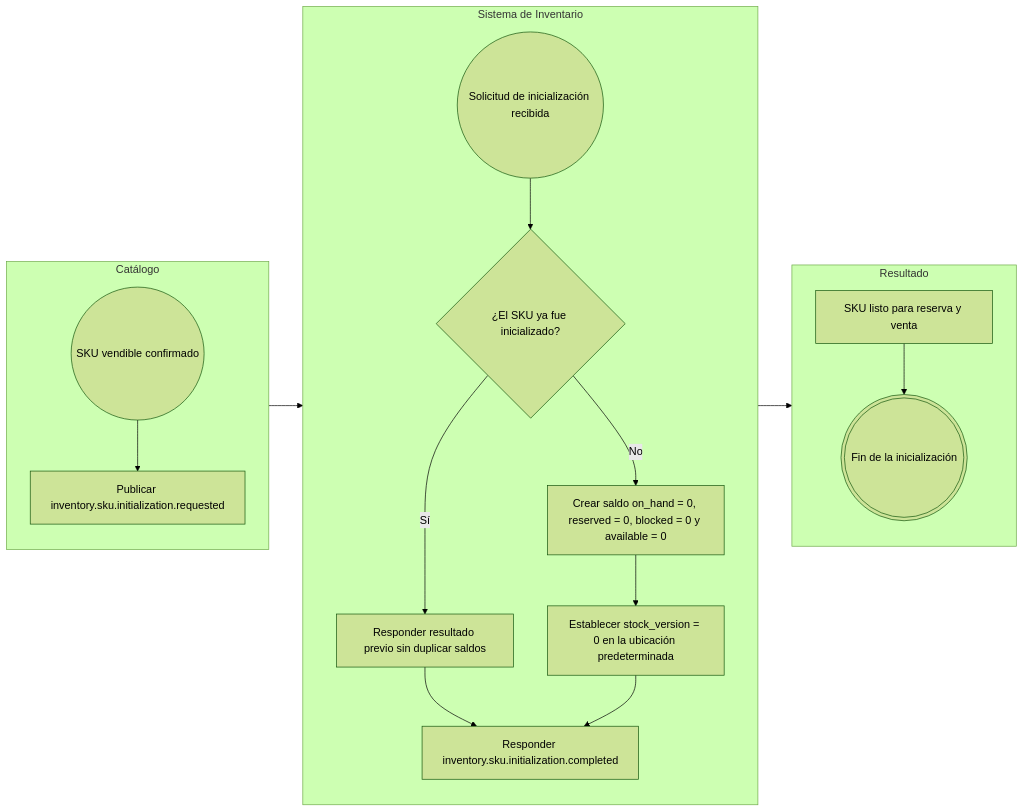
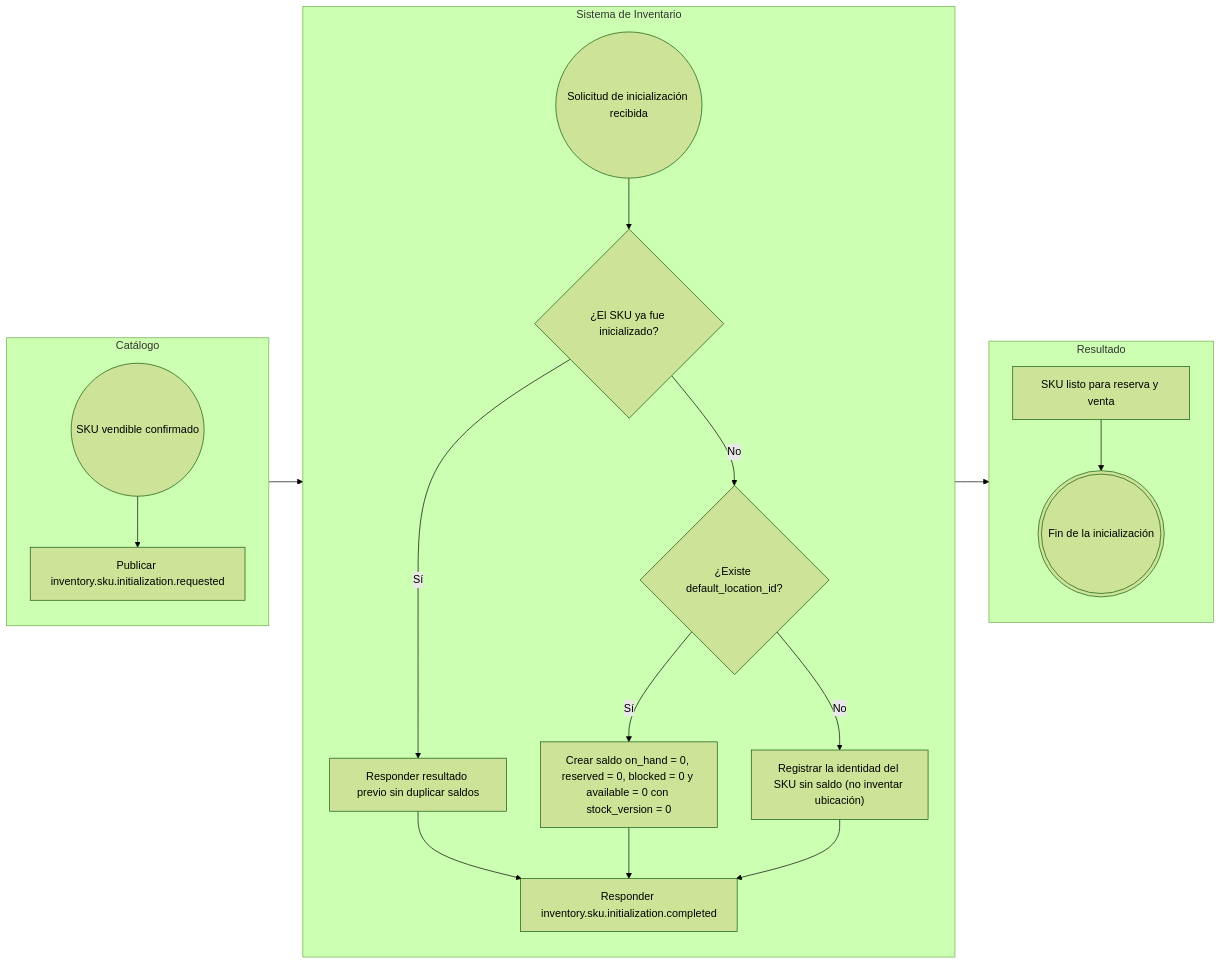
Before and after one commit to Taller-SW-Web/G6-Productos-Ofertas-docs: the tenth of 10 diagrams in flujos/FLOW-015-control-stock-disponibilidad.md, drawn with Mermaid (forest theme). The commit also changed other lines of this file and 6 other files, not shown here.

````diff
--- a/flujos/FLOW-015-control-stock-disponibilidad.md
+++ b/flujos/FLOW-015-control-stock-disponibilidad.md
@@ -521,35 +521,38 @@
 ```mermaid
 flowchart LR
     subgraph CAT["Catálogo"]
         direction TB
         INICIO((SKU vendible confirmado))
         A1["Publicar inventory.sku.initialization.requested"]
     end
 
     subgraph INV["Sistema de Inventario"]
         direction TB
         E1(("Solicitud de inicialización recibida"))
         D1{"¿El SKU ya fue inicializado?"}
         A2["Responder resultado previo sin duplicar saldos"]
-        A3["Crear saldo on_hand = 0, reserved = 0, blocked = 0 y available = 0"]
-        A4["Establecer stock_version = 0 en la ubicación predeterminada"]
+        D2{"¿Existe default_location_id?"}
+        A3["Crear saldo on_hand = 0, reserved = 0, blocked = 0 y available = 0 con stock_version = 0"]
+        A4["Registrar la identidad del SKU sin saldo (no inventar ubicación)"]
         A5["Responder inventory.sku.initialization.completed"]
     end
 
     subgraph RES["Resultado"]
         direction TB
         B1["SKU listo para reserva y venta"]
         FIN(((Fin de la inicialización)))
     end
 
     INICIO --> A1
     A1 --> E1
     E1 --> D1
     D1 -->|"Sí"| A2
-    D1 -->|"No"| A3
+    D1 -->|"No"| D2
     A2 --> A5
-    A3 --> A4
+    D2 -->|"Sí"| A3
+    D2 -->|"No"| A4
+    A3 --> A5
     A4 --> A5
     A5 --> B1
     B1 --> FIN
 ```
````
